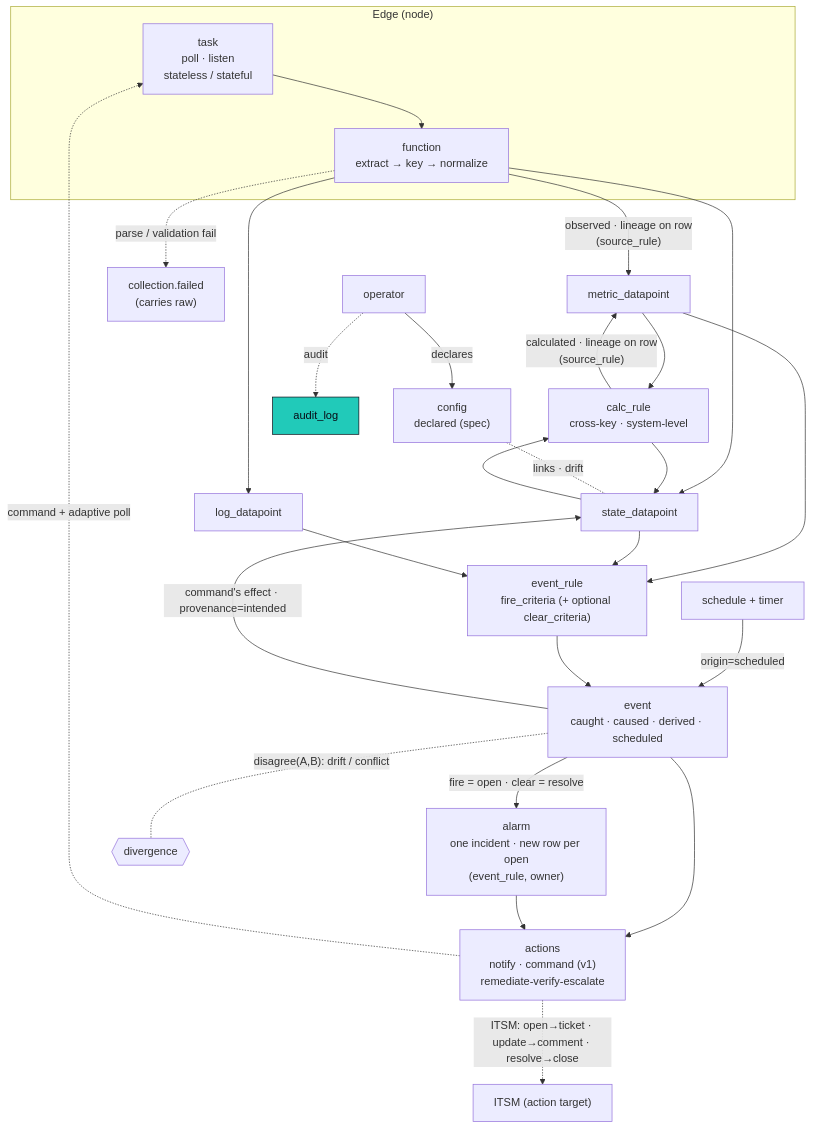
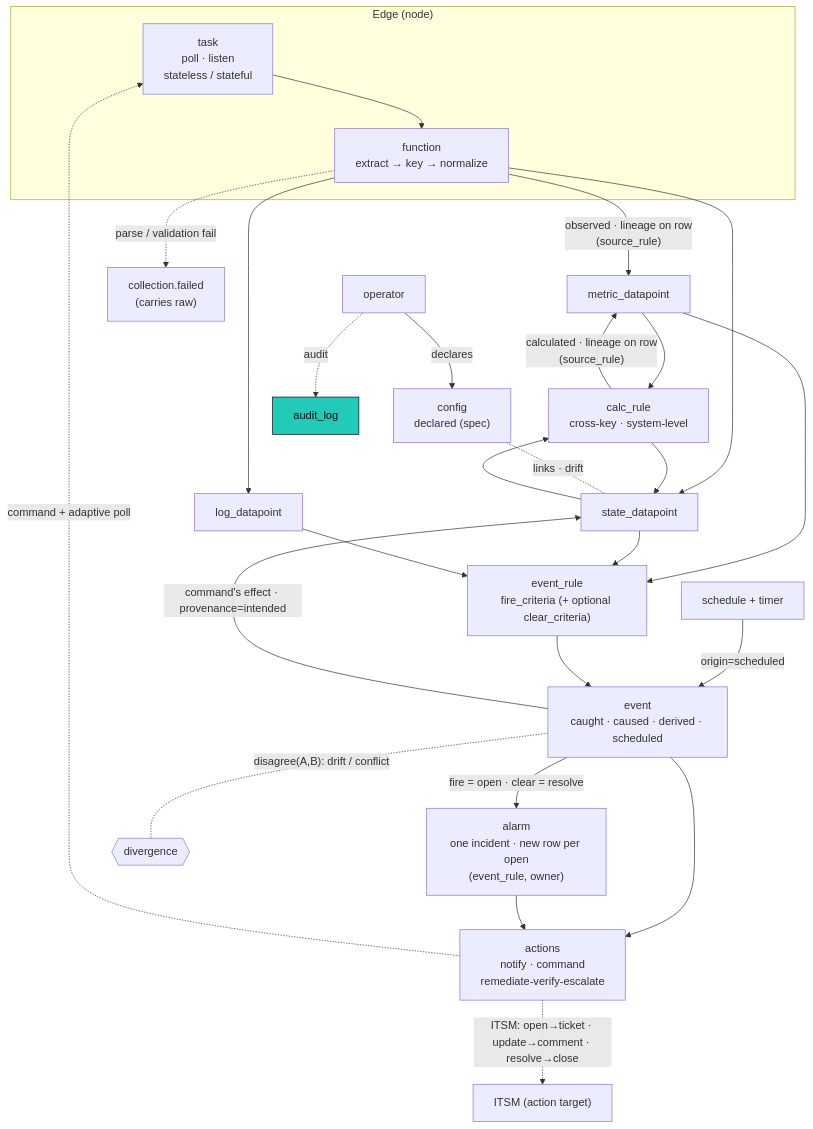
One commit to hyperscaleav/omniglass changed the diagram in docs/src/content/docs/architecture/datapoints.md. Above: the diagram before and after it, drawn with Mermaid. The commit also changed other lines of this file and 13 other files, not shown here.

First line of the commit message:
docs(architecture): remove build-timing language; describe the target model in present tense

````diff
--- a/docs/src/content/docs/architecture/datapoints.md
+++ b/docs/src/content/docs/architecture/datapoints.md
@@ -205,41 +205,41 @@
 ```mermaid
 flowchart TD
   subgraph edge["Edge (node)"]
     TASK["task<br/>poll · listen<br/>stateless / stateful"]
     FN["function<br/>extract → key → normalize"]
     TASK --> FN
   end
 
   FN -->|"observed · lineage on row<br/>(source_rule)"| M["metric_datapoint"]
   FN -.->|"parse / validation fail"| CF["collection.failed<br/>(carries raw)"]
   FN --> S["state_datapoint"]
   FN --> L["log_datapoint"]
 
   M --> CALC["calc_rule<br/>cross-key · system-level"]
   S --> CALC
   CALC -->|"calculated · lineage on row<br/>(source_rule)"| M
   CALC --> S
 
   M --> ER["event_rule<br/>fire_criteria (+ optional clear_criteria)"]
   S --> ER
   L --> ER
   SCH["schedule + timer"] -->|"origin=scheduled"| EV
   ER --> EV["event<br/>caught · caused · derived · scheduled"]
 
   EV -->|"fire = open · clear = resolve"| AL["alarm<br/>one incident · new row per open<br/>(event_rule, owner)"]
   EV -->|"command's effect · provenance=intended"| S
 
   HUMAN["operator"] -->|"declares"| VAR["config<br/>declared (spec)"]
   VAR -. "links · drift" .- S
   HUMAN -.->|"audit"| AU["audit_log"]
 
   EV -. "disagree(A,B): drift / conflict" .- DIV{{"divergence"}}
 
-  EV --> ACT["actions<br/>notify · command (v1)<br/>remediate-verify-escalate"]
+  EV --> ACT["actions<br/>notify · command<br/>remediate-verify-escalate"]
   AL --> ACT
   ACT -.->|"ITSM: open→ticket · update→comment · resolve→close"| ITSM["ITSM (action target)"]
   ACT -.->|"command + adaptive poll"| TASK
 
   classDef gt fill:#21CAB9,stroke:#080c16,color:#080c16;
   class AU gt;
 ```
````
